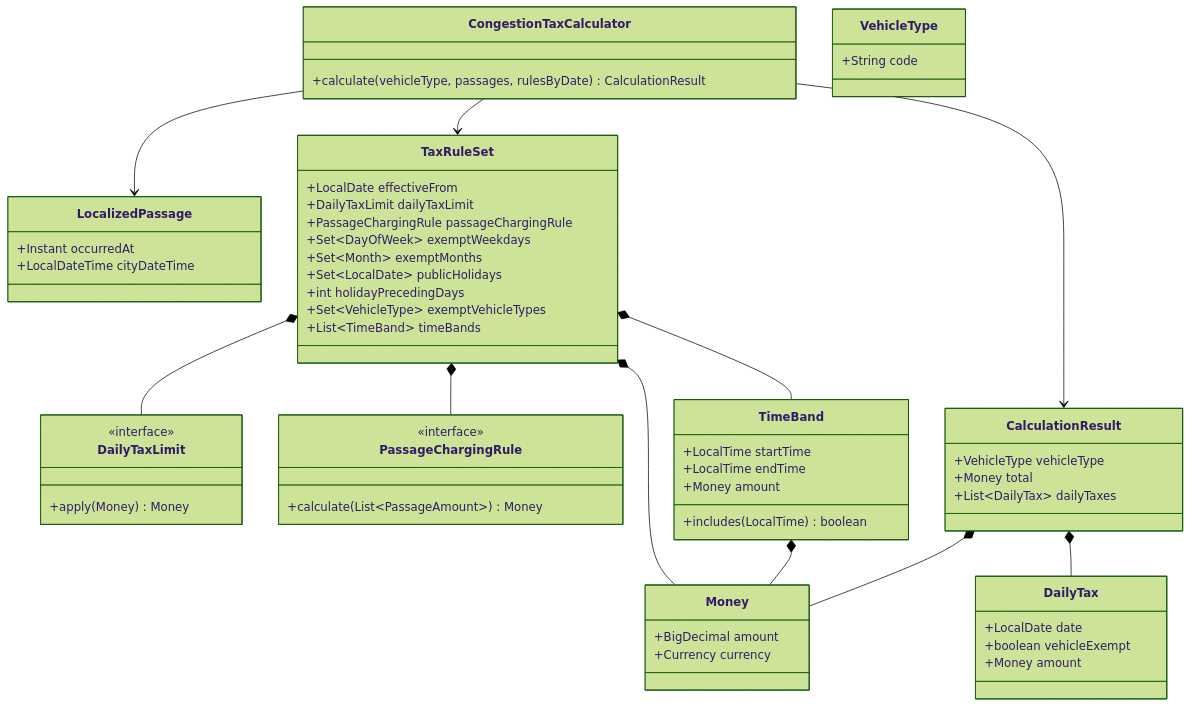
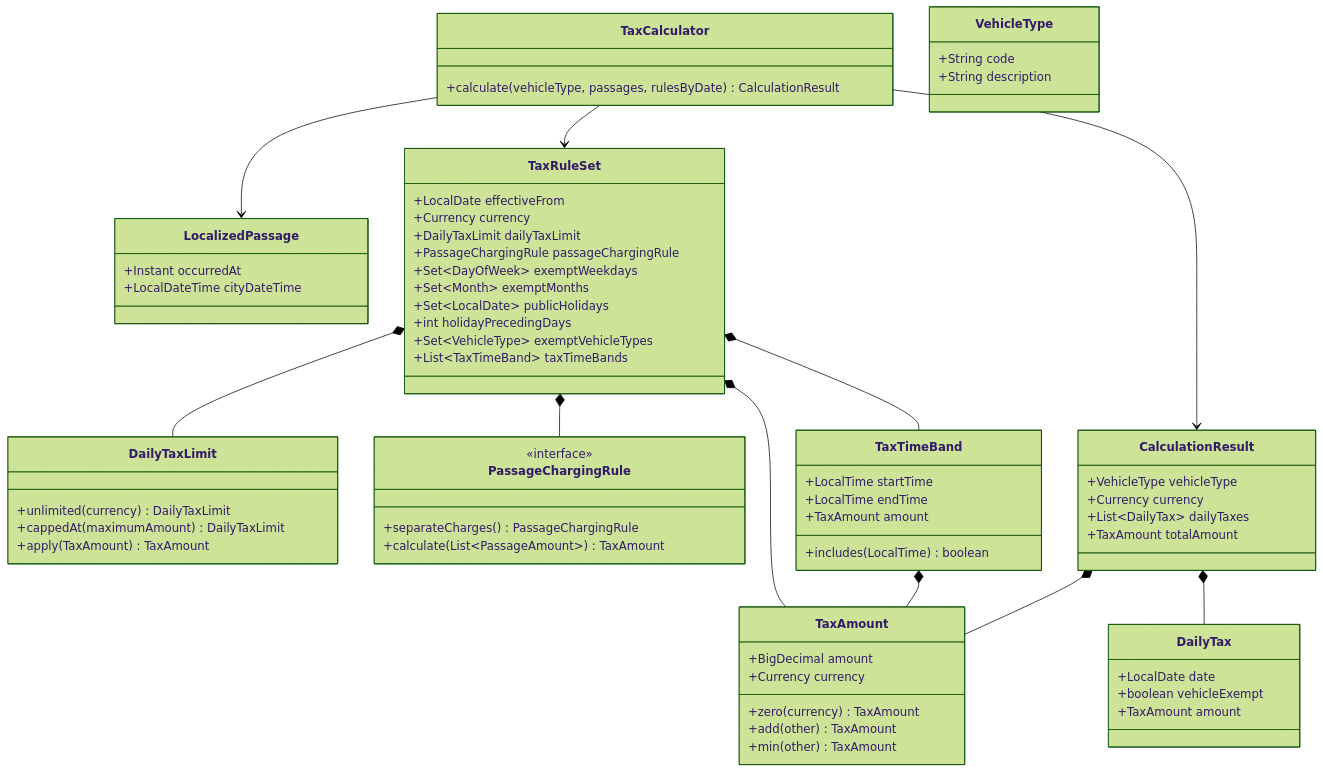
The diagram in docs/design/calculation.md (igrgin/congestion-tax-calculator), drawn with Mermaid (forest theme) before and after one commit. The commit also changed other lines of this file and 7 other files, not shown here.

Commit message:
#3 Record one Passage calculation plan

````diff
--- a/docs/design/calculation.md
+++ b/docs/design/calculation.md
@@ -41,63 +41,71 @@
 ```mermaid
 classDiagram
-    class CongestionTaxCalculator {
+    class TaxCalculator {
         +calculate(vehicleType, passages, rulesByDate) CalculationResult
     }
     class LocalizedPassage {
         +Instant occurredAt
         +LocalDateTime cityDateTime
     }
     class VehicleType {
         +String code
+        +String description
     }
     class TaxRuleSet {
         +LocalDate effectiveFrom
+        +Currency currency
         +DailyTaxLimit dailyTaxLimit
         +PassageChargingRule passageChargingRule
         +Set~DayOfWeek~ exemptWeekdays
         +Set~Month~ exemptMonths
         +Set~LocalDate~ publicHolidays
         +int holidayPrecedingDays
         +Set~VehicleType~ exemptVehicleTypes
-        +List~TimeBand~ timeBands
+        +List~TaxTimeBand~ taxTimeBands
     }
     class DailyTaxLimit {
-        <<interface>>
-        +apply(Money) Money
+        +unlimited(currency) DailyTaxLimit
+        +cappedAt(maximumAmount) DailyTaxLimit
+        +apply(TaxAmount) TaxAmount
     }
     class PassageChargingRule {
         <<interface>>
-        +calculate(List~PassageAmount~) Money
+        +separateCharges() PassageChargingRule
+        +calculate(List~PassageAmount~) TaxAmount
     }
-    class TimeBand {
+    class TaxTimeBand {
         +LocalTime startTime
         +LocalTime endTime
-        +Money amount
+        +TaxAmount amount
         +includes(LocalTime) boolean
     }
-    class Money {
+    class TaxAmount {
         +BigDecimal amount
         +Currency currency
+        +zero(currency) TaxAmount
+        +add(other) TaxAmount
+        +min(other) TaxAmount
     }
     class DailyTax {
         +LocalDate date
         +boolean vehicleExempt
-        +Money amount
+        +TaxAmount amount
     }
     class CalculationResult {
         +VehicleType vehicleType
-        +Money total
+        +Currency currency
         +List~DailyTax~ dailyTaxes
+        +TaxAmount totalAmount
     }
 
-    CongestionTaxCalculator --> LocalizedPassage
-    CongestionTaxCalculator --> TaxRuleSet
-    CongestionTaxCalculator --> CalculationResult
-    TaxRuleSet *-- TimeBand
-    TaxRuleSet *-- Money
+    TaxCalculator --> LocalizedPassage
+    TaxCalculator --> TaxRuleSet
+    TaxCalculator --> CalculationResult
+    TaxRuleSet *-- TaxTimeBand
+    TaxRuleSet *-- TaxAmount
     TaxRuleSet *-- DailyTaxLimit
     TaxRuleSet *-- PassageChargingRule
-    TimeBand *-- Money
+    TaxTimeBand *-- TaxAmount
     CalculationResult *-- DailyTax
-    CalculationResult *-- Money
+    CalculationResult *-- TaxAmount
 ```
````
